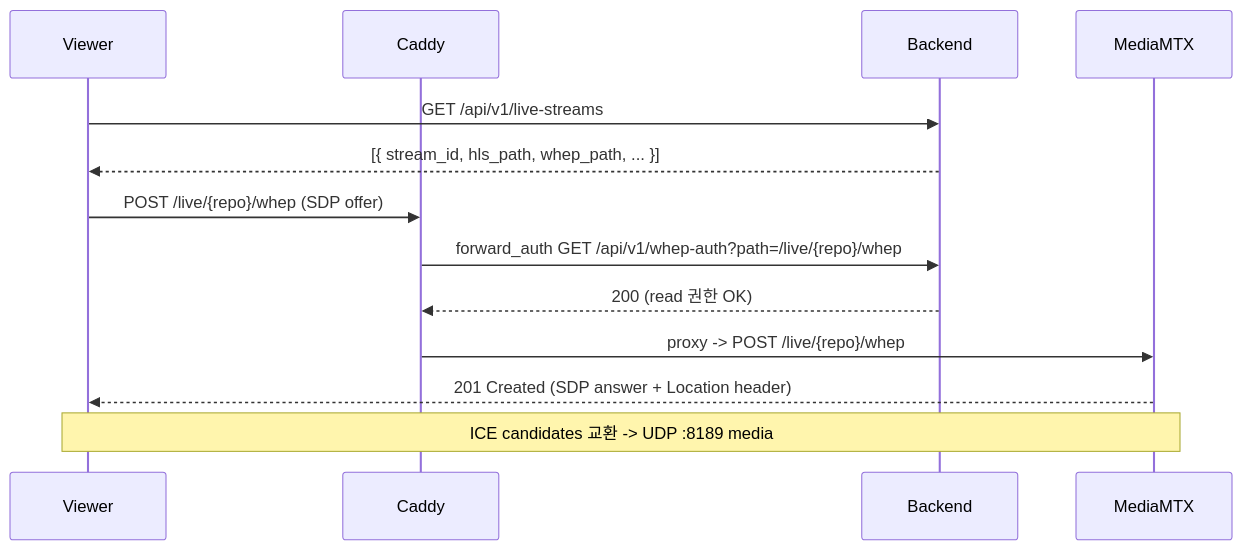
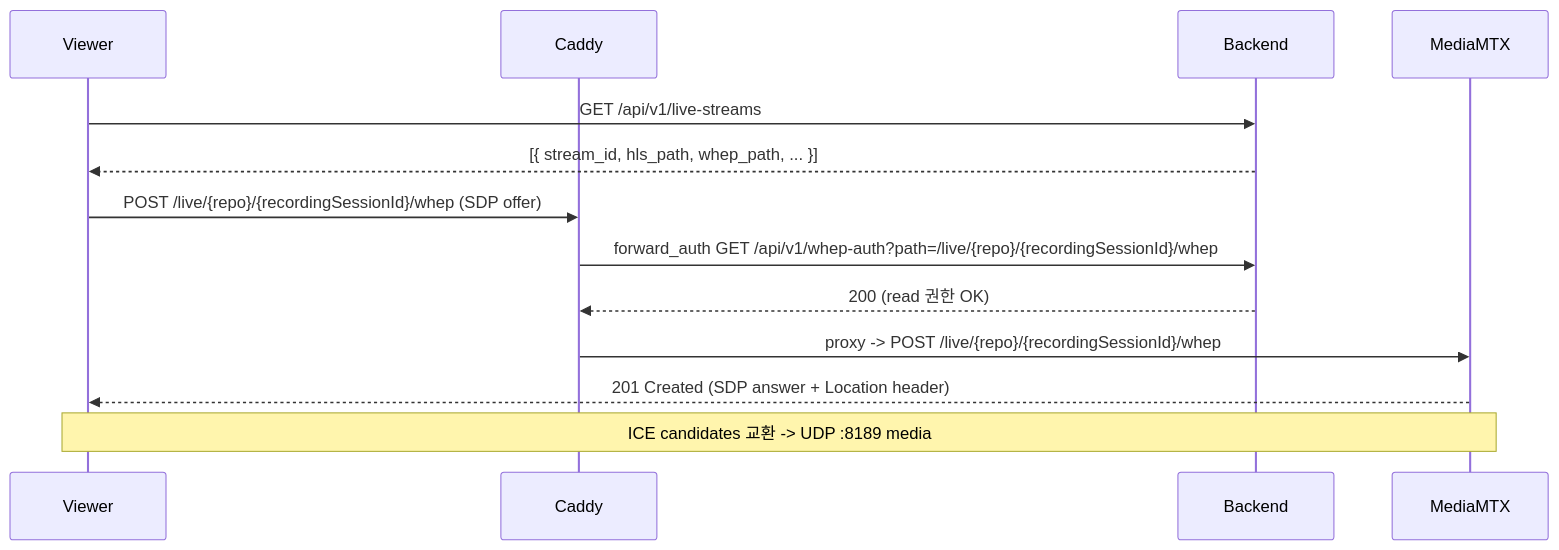
The third of 3 diagrams in docs/13. http_streaming.md (ego-flow/ego-flow-server), drawn with Mermaid before and after one commit. The commit also changed other lines of this file and 28 other files, not shown here.

````diff
--- a/docs/13. http_streaming.md
+++ b/docs/13. http_streaming.md
@@ -117,16 +115,16 @@
 ```mermaid
 sequenceDiagram
     participant Viewer
     participant Caddy
     participant BE as Backend
     participant MTX as MediaMTX
 
     Viewer->>BE: GET /api/v1/live-streams
     BE-->>Viewer: [{ stream_id, hls_path, whep_path, ... }]
-    Viewer->>Caddy: POST /live/{repo}/whep (SDP offer)
-    Caddy->>BE: forward_auth GET /api/v1/whep-auth?path=/live/{repo}/whep
+    Viewer->>Caddy: POST /live/{repo}/{recordingSessionId}/whep (SDP offer)
+    Caddy->>BE: forward_auth GET /api/v1/whep-auth?path=/live/{repo}/{recordingSessionId}/whep
     BE-->>Caddy: 200 (read 권한 OK)
-    Caddy->>MTX: proxy -> POST /live/{repo}/whep
+    Caddy->>MTX: proxy -> POST /live/{repo}/{recordingSessionId}/whep
     MTX-->>Viewer: 201 Created (SDP answer + Location header)
     Note over Viewer,MTX: ICE candidates 교환 -> UDP :8189 media
 ```
````
